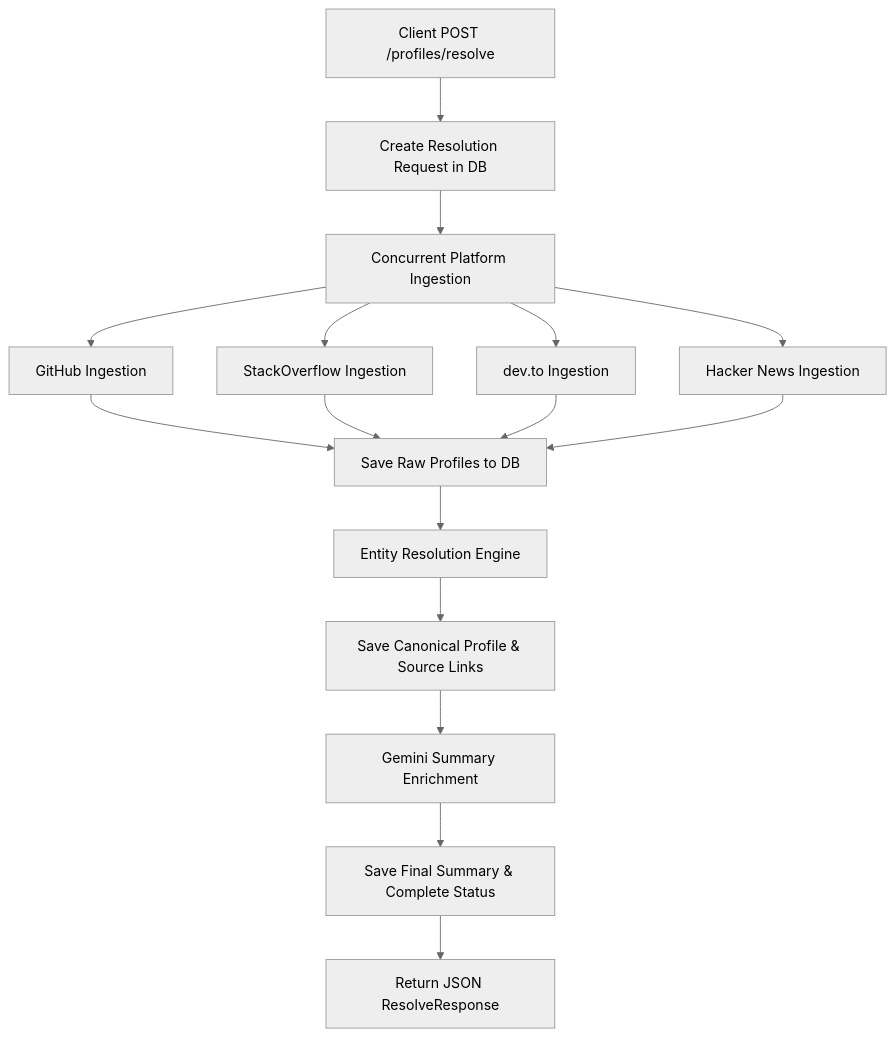
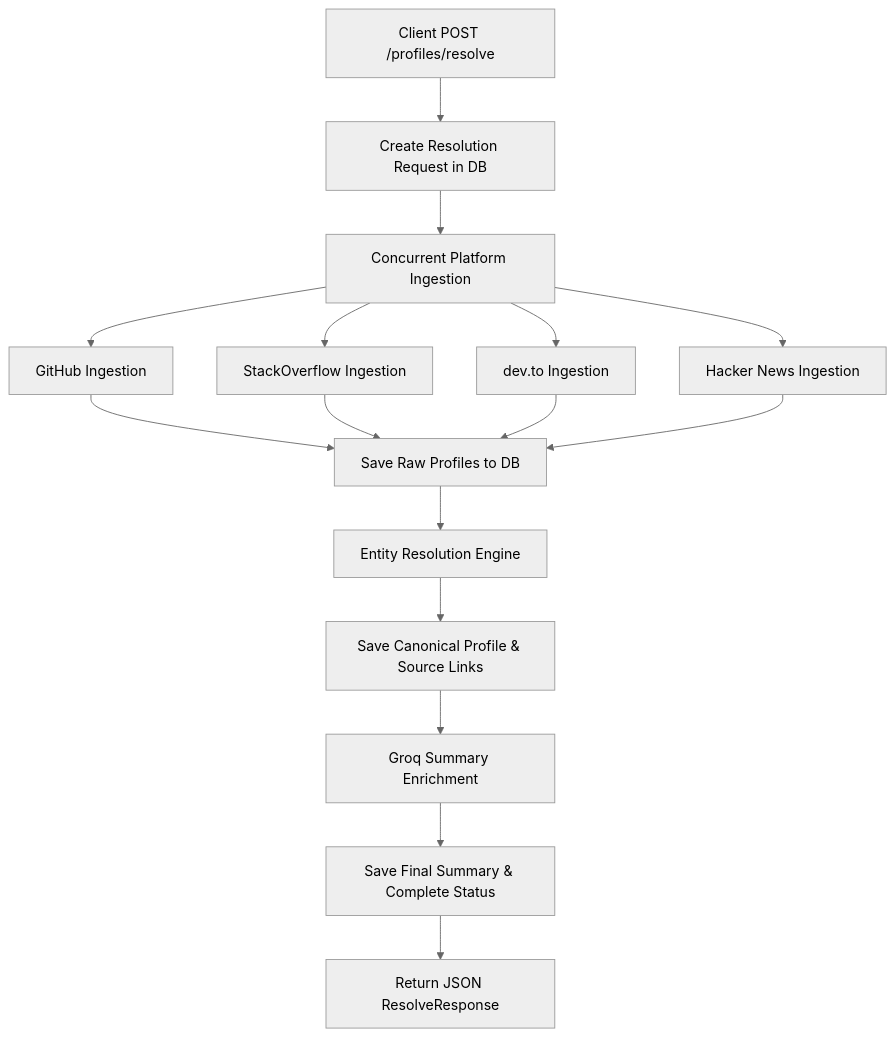
One commit to omshandilya/profile_unifier changed the diagram in README.md. Above: the diagram before and after it, drawn with Mermaid (neutral theme). The commit also changed other lines of this file, not shown here.

````diff
--- a/README.md
+++ b/README.md
@@ -11,15 +11,15 @@
 ```mermaid
 graph TD
     A[Client POST /profiles/resolve] --> B[Create Resolution Request in DB]
     B --> C[Concurrent Platform Ingestion]
     C --> D[GitHub Ingestion]
     C --> E[StackOverflow Ingestion]
     C --> F[dev.to Ingestion]
     C --> G[Hacker News Ingestion]
     D & E & F & G --> H[Save Raw Profiles to DB]
     H --> I[Entity Resolution Engine]
     I --> J[Save Canonical Profile & Source Links]
-    J --> K[Gemini Summary Enrichment]
+    J --> K[Groq Summary Enrichment]
     K --> L[Save Final Summary & Complete Status]
     L --> M[Return JSON ResolveResponse]
 ```
````
